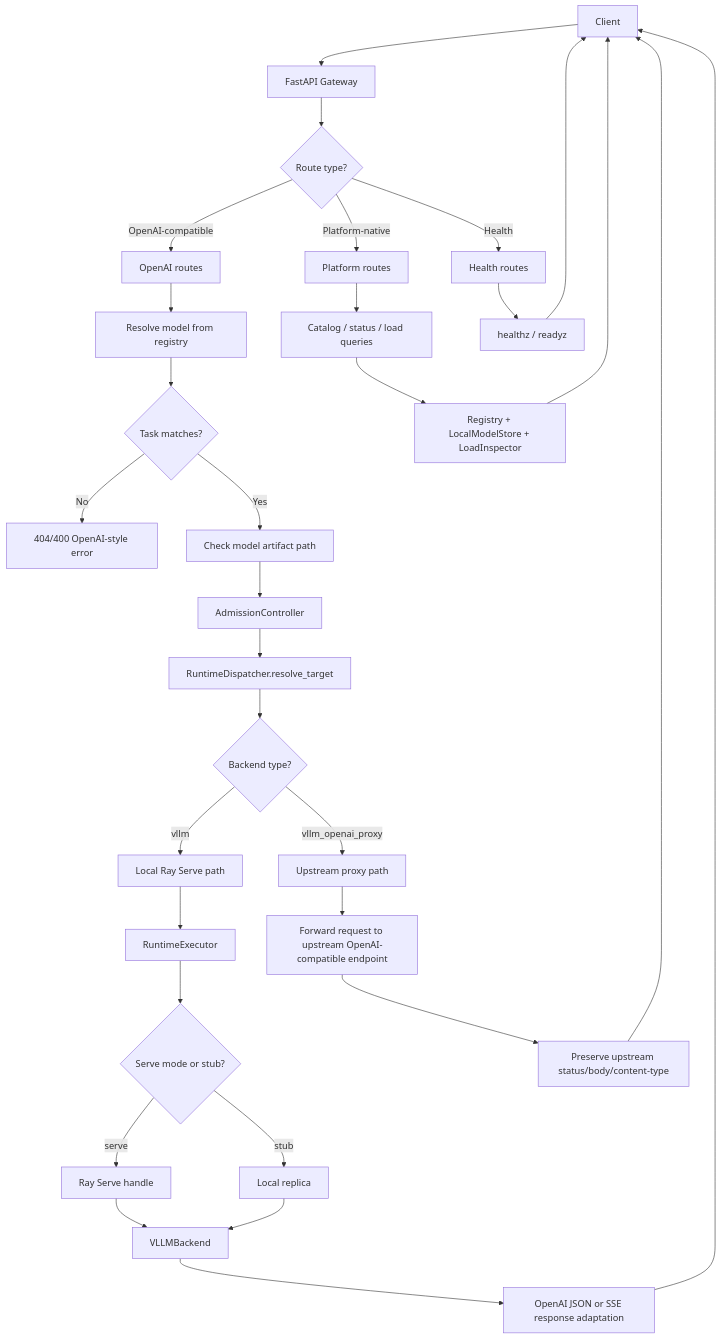
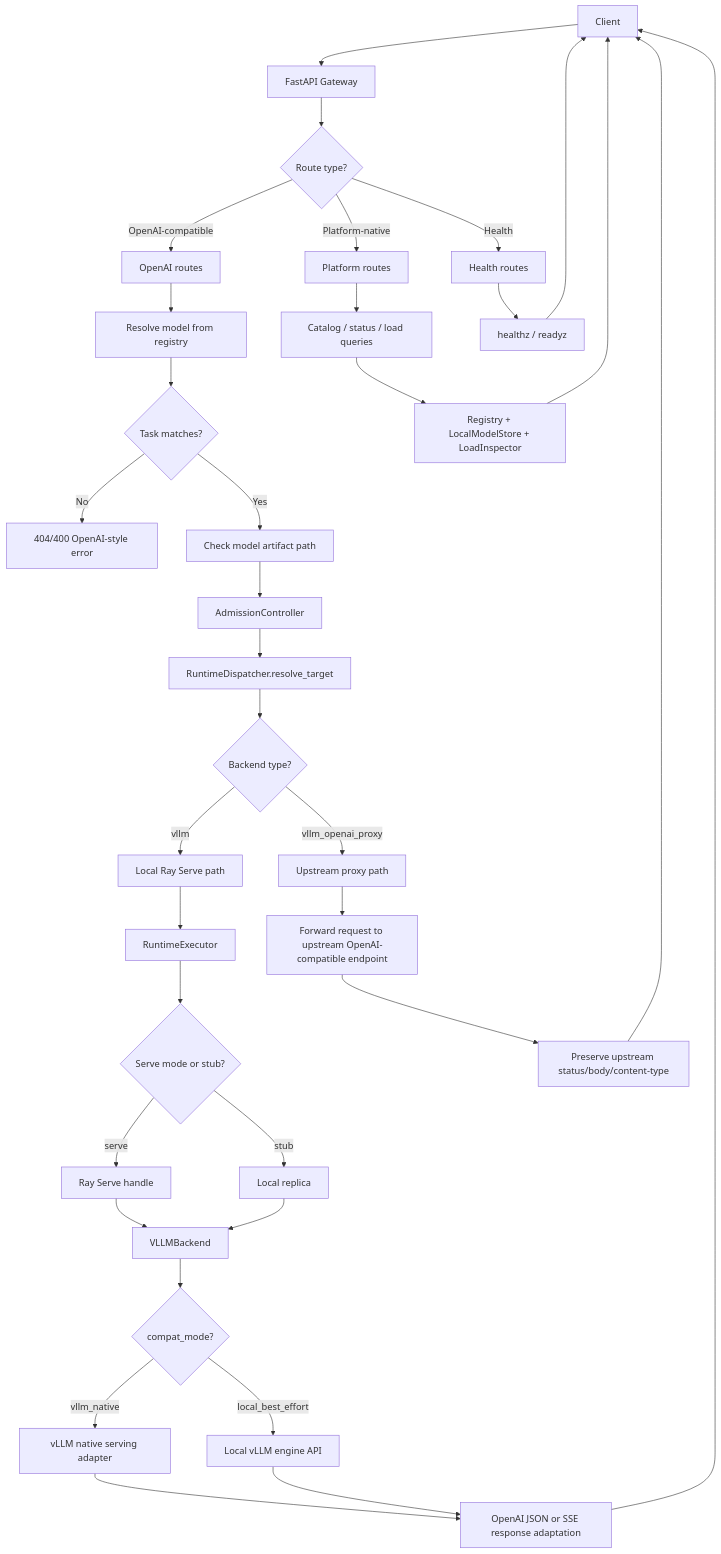
Before and after one commit to Flying-Henanese/infer-nexus: the second of 2 diagrams in docs/ARCHITECTURE.md, drawn with Mermaid. The commit also changed other lines of this file and 18 other files, not shown here.

First line of the commit message:
feat: add vLLM native serving adapter refactor

````diff
--- a/docs/ARCHITECTURE.md
+++ b/docs/ARCHITECTURE.md
@@ -518,40 +555,44 @@
 ```mermaid
 flowchart TD
   C[Client] --> G[FastAPI Gateway]
   G --> V{Route type?}
 
   V -->|OpenAI-compatible| OA[OpenAI routes]
   V -->|Platform-native| PA[Platform routes]
   V -->|Health| HZ[Health routes]
 
   OA --> MR[Resolve model from registry]
   MR --> TK{Task matches?}
   TK -->|No| E1[404/400 OpenAI-style error]
   TK -->|Yes| MD[Check model artifact path]
   MD --> AD[AdmissionController]
   AD --> RQ[RuntimeDispatcher.resolve_target]
 
   RQ --> BT{Backend type?}
   BT -->|vllm| LX[Local Ray Serve path]
   BT -->|vllm_openai_proxy| PX[Upstream proxy path]
 
   LX --> EX[RuntimeExecutor]
   EX --> SR{Serve mode or stub?}
   SR -->|serve| RH[Ray Serve handle]
   SR -->|stub| LR[Local replica]
   RH --> VB[VLLMBackend]
   LR --> VB
-  VB --> RESP[OpenAI JSON or SSE response adaptation]
+  VB --> CMODE{compat_mode?}
+  CMODE -->|vllm_native| NAD[vLLM native serving adapter]
+  CMODE -->|local_best_effort| LBE[Local vLLM engine API]
+  NAD --> RESP[Passthrough OpenAI JSON or SSE]
+  LBE --> RESP[OpenAI JSON or SSE response adaptation]
   RESP --> C
 
   PX --> HTTP[Forward request to upstream OpenAI-compatible endpoint]
   HTTP --> PASSTHRU[Preserve upstream status/body/content-type]
   PASSTHRU --> C
 
   PA --> CRG[Catalog / status / load queries]
   CRG --> RG[Registry + LocalModelStore + LoadInspector]
   RG --> C
 
   HZ --> OK[healthz / readyz]
   OK --> C
 ```
````
